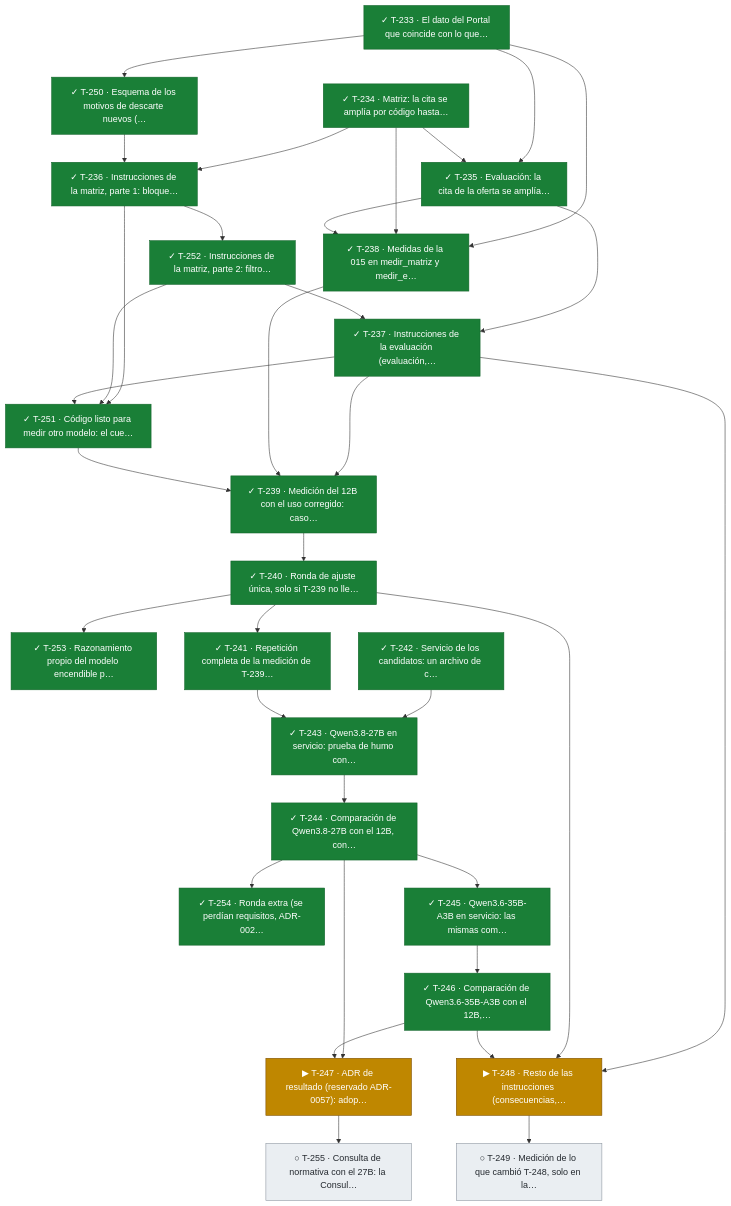
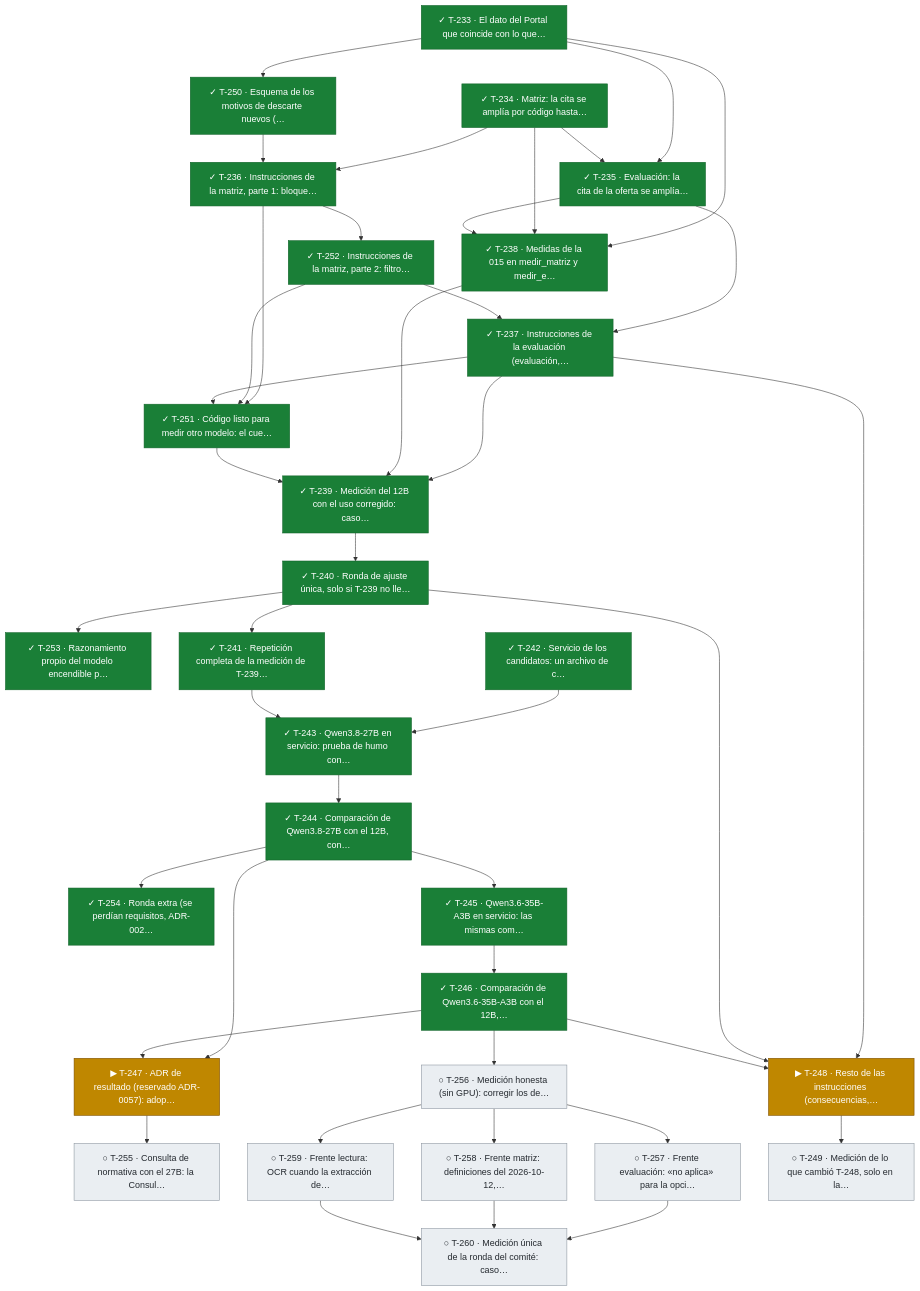
Diagram 17 of 17 in docs/tablero.md (snavello/EVALUON), drawn with Mermaid before and after one commit. The commit also changed other lines of this file and 4 other files, not shown here.

Commit message:
gestión: decisiones del 2026-10-12 tras la mesa de comité, ADR-0058, constitución 1.4 (P3 con la ausencia verificada) y tareas T-256 a T-260

````diff
--- a/docs/tablero.md
+++ b/docs/tablero.md
@@ -1323,64 +1328,76 @@
 ```mermaid
 flowchart TD
   T233["✓ T-233 · El dato del Portal que coincide con lo que…"]:::done
   T234["✓ T-234 · Matriz: la cita se amplía por código hasta…"]:::done
   T250["✓ T-250 · Esquema de los motivos de descarte nuevos (…"]:::done
   T235["✓ T-235 · Evaluación: la cita de la oferta se amplía…"]:::done
   T236["✓ T-236 · Instrucciones de la matriz, parte 1: bloque…"]:::done
   T252["✓ T-252 · Instrucciones de la matriz, parte 2: filtro…"]:::done
   T253["✓ T-253 · Razonamiento propio del modelo encendible p…"]:::done
   T254["✓ T-254 · Ronda extra (se perdían requisitos, ADR-002…"]:::done
   T255["○ T-255 · Consulta de normativa con el 27B: la Consul…"]:::todo
+  T256["○ T-256 · Medición honesta (sin GPU): corregir los de…"]:::todo
+  T257["○ T-257 · Frente evaluación: «no aplica» para la opci…"]:::todo
+  T258["○ T-258 · Frente matriz: definiciones del 2026-10-12,…"]:::todo
+  T259["○ T-259 · Frente lectura: OCR cuando la extracción de…"]:::todo
+  T260["○ T-260 · Medición única de la ronda del comité: caso…"]:::todo
   T237["✓ T-237 · Instrucciones de la evaluación (evaluación,…"]:::done
   T251["✓ T-251 · Código listo para medir otro modelo: el cue…"]:::done
   T238["✓ T-238 · Medidas de la 015 en medir_matriz y medir_e…"]:::done
   T239["✓ T-239 · Medición del 12B con el uso corregido: caso…"]:::done
   T240["✓ T-240 · Ronda de ajuste única, solo si T-239 no lle…"]:::done
   T241["✓ T-241 · Repetición completa de la medición de T-239…"]:::done
   T242["✓ T-242 · Servicio de los candidatos: un archivo de c…"]:::done
   T243["✓ T-243 · Qwen3.8-27B en servicio: prueba de humo con…"]:::done
   T244["✓ T-244 · Comparación de Qwen3.8-27B con el 12B, con…"]:::done
   T245["✓ T-245 · Qwen3.6-35B-A3B en servicio: las mismas com…"]:::done
   T246["✓ T-246 · Comparación de Qwen3.6-35B-A3B con el 12B,…"]:::done
   T247["▶ T-247 · ADR de resultado (reservado ADR-0057): adop…"]:::active
   T248["▶ T-248 · Resto de las instrucciones (consecuencias,…"]:::active
   T249["○ T-249 · Medición de lo que cambió T-248, solo en la…"]:::todo
   T233 --> T250
   T233 --> T235
   T234 --> T235
   T234 --> T236
   T250 --> T236
   T236 --> T252
   T240 --> T253
   T244 --> T254
   T247 --> T255
+  T246 --> T256
+  T256 --> T257
+  T256 --> T258
+  T256 --> T259
+  T257 --> T260
+  T258 --> T260
+  T259 --> T260
   T235 --> T237
   T252 --> T237
   T236 --> T251
   T252 --> T251
   T237 --> T251
   T233 --> T238
   T234 --> T238
   T235 --> T238
   T237 --> T239
   T238 --> T239
   T251 --> T239
   T239 --> T240
   T240 --> T241
   T242 --> T243
   T241 --> T243
   T243 --> T244
   T244 --> T245
   T245 --> T246
   T244 --> T247
   T246 --> T247
   T237 --> T248
   T240 --> T248
   T246 --> T248
   T248 --> T249
   classDef done fill:#1a7f37,stroke:#116329,color:#ffffff
   classDef review fill:#0969da,stroke:#0550ae,color:#ffffff
   classDef active fill:#bf8700,stroke:#7d4e00,color:#ffffff
   classDef blocked fill:#cf222e,stroke:#a40e26,color:#ffffff
   classDef todo fill:#eaeef2,stroke:#8c959f,color:#24292f
 ```
````
